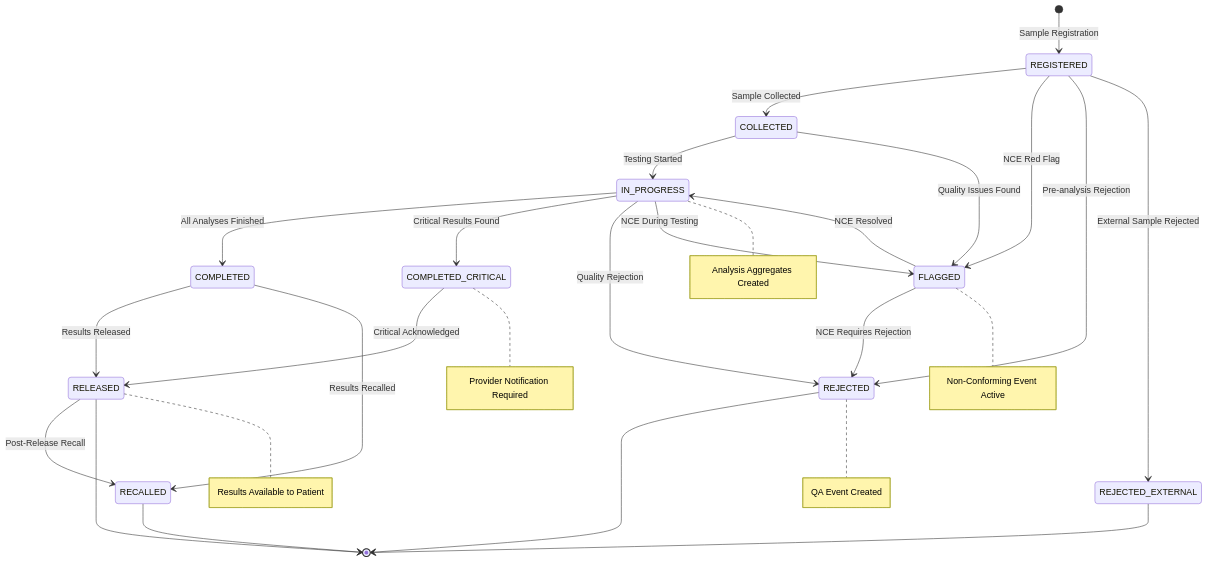
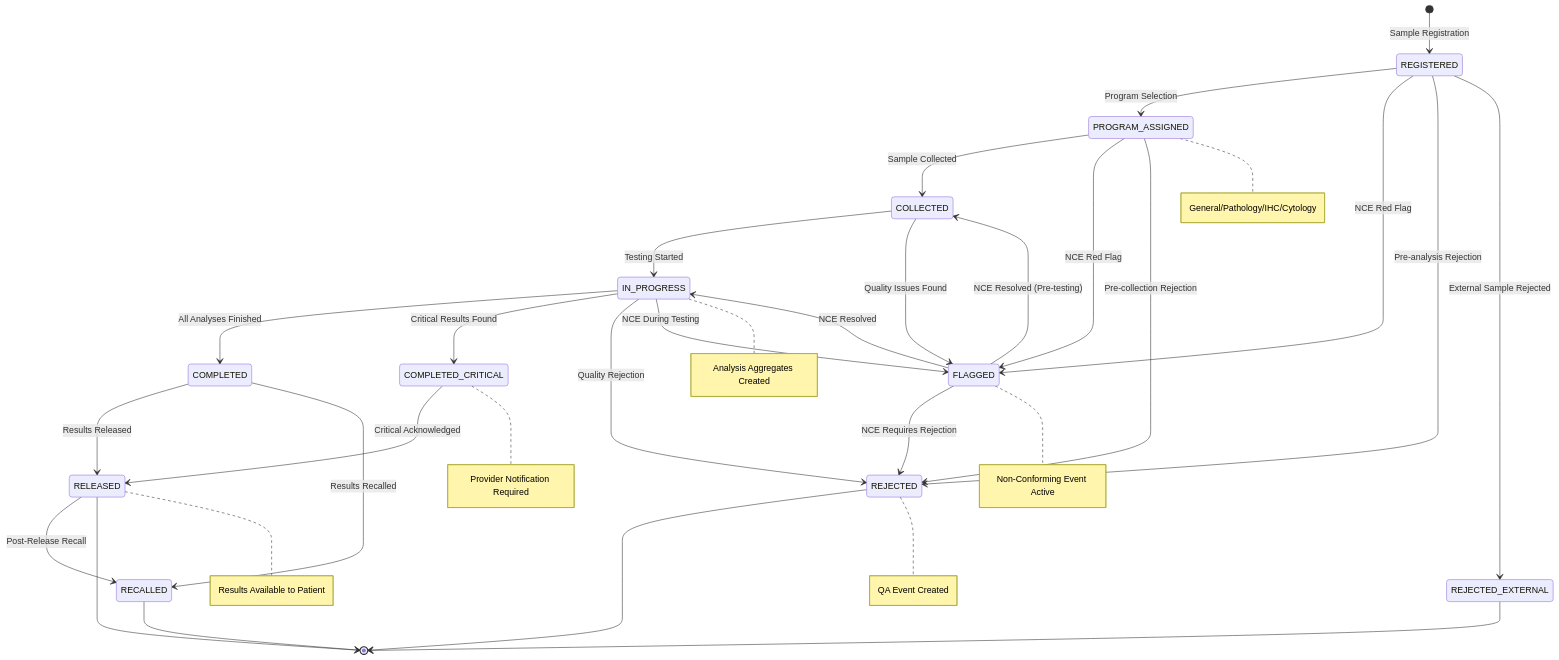
Before and after one commit to mean-machine-gc/openlis-global-code-analysis: the first of 2 diagrams in docs/code-analysis/event-sourcing/01-sample-aggregate-lifecycle.md, drawn with Mermaid. The commit also changed other lines of this file and 3 other files, not shown here.

````diff
--- a/docs/code-analysis/event-sourcing/01-sample-aggregate-lifecycle.md
+++ b/docs/code-analysis/event-sourcing/01-sample-aggregate-lifecycle.md
@@ -26,30 +26,35 @@
 ```mermaid
 stateDiagram-v2
     [*] --> REGISTERED : Sample Registration
-    REGISTERED --> COLLECTED : Sample Collected
+    REGISTERED --> PROGRAM_ASSIGNED : Program Selection
+    PROGRAM_ASSIGNED --> COLLECTED : Sample Collected
     REGISTERED --> FLAGGED : NCE Red Flag
+    PROGRAM_ASSIGNED --> FLAGGED : NCE Red Flag
     COLLECTED --> IN_PROGRESS : Testing Started
     COLLECTED --> FLAGGED : Quality Issues Found
     IN_PROGRESS --> COMPLETED : All Analyses Finished
     IN_PROGRESS --> COMPLETED_CRITICAL : Critical Results Found
     IN_PROGRESS --> REJECTED : Quality Rejection
     IN_PROGRESS --> FLAGGED : NCE During Testing
     REGISTERED --> REJECTED : Pre-analysis Rejection
+    PROGRAM_ASSIGNED --> REJECTED : Pre-collection Rejection
     REGISTERED --> REJECTED_EXTERNAL : External Sample Rejected
     FLAGGED --> IN_PROGRESS : NCE Resolved
+    FLAGGED --> COLLECTED : NCE Resolved (Pre-testing)
     FLAGGED --> REJECTED : NCE Requires Rejection
     COMPLETED --> RELEASED : Results Released
     COMPLETED_CRITICAL --> RELEASED : Critical Acknowledged
     COMPLETED --> RECALLED : Results Recalled
     RELEASED --> RECALLED : Post-Release Recall
     REJECTED --> [*]
     REJECTED_EXTERNAL --> [*]
     RECALLED --> [*]
     RELEASED --> [*]
     
+    note right of PROGRAM_ASSIGNED : General/Pathology/IHC/Cytology
     note right of FLAGGED : Non-Conforming Event Active
     note right of REJECTED : QA Event Created
     note right of IN_PROGRESS : Analysis Aggregates Created
     note right of COMPLETED_CRITICAL : Provider Notification Required
     note right of RELEASED : Results Available to Patient
 ```
````
